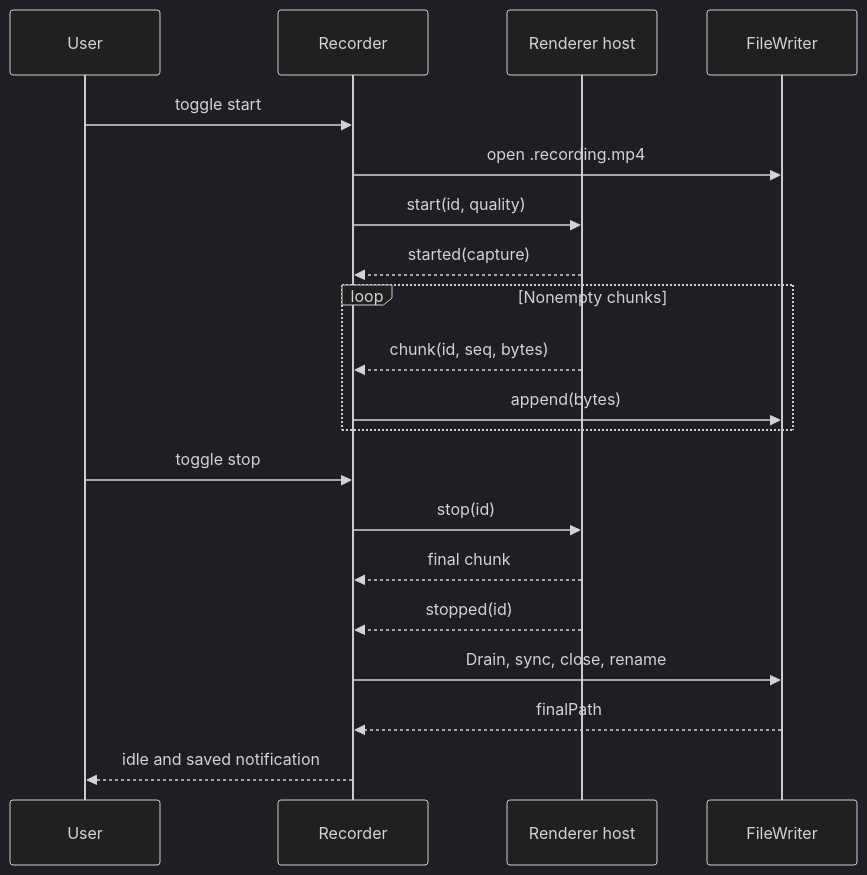
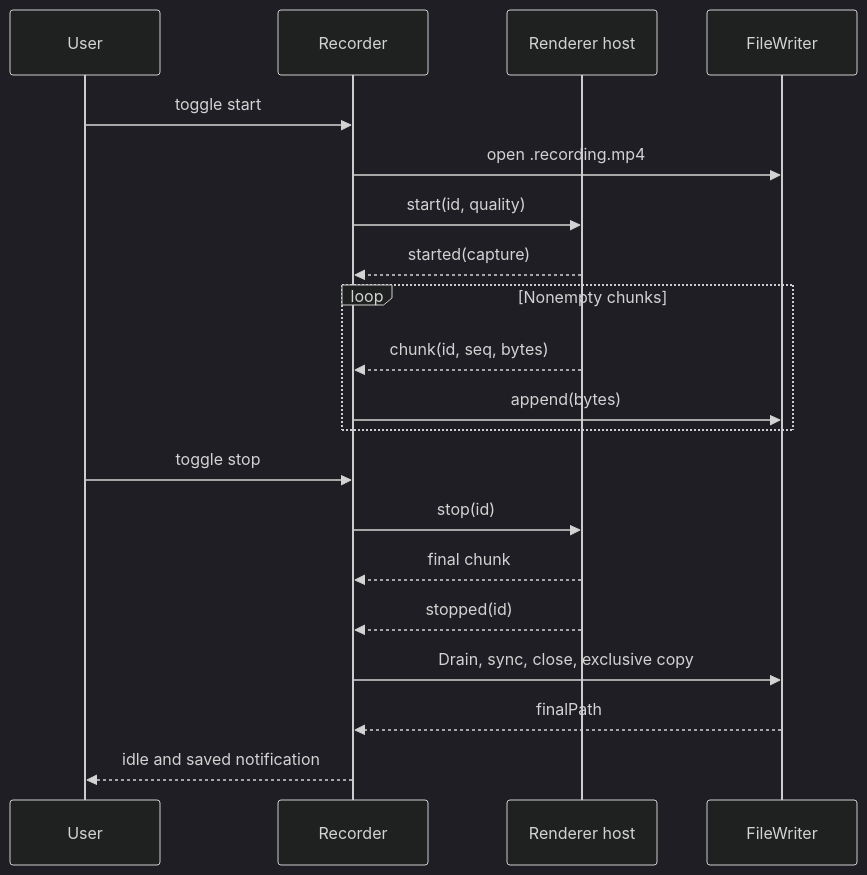
One commit to EricTsai83/recordstuff changed the second of 2 diagrams in docs/system-design/recording.md. Above: the diagram before and after it, drawn with Mermaid (dark theme). The commit also changed other lines of this file and 3 other files, not shown here.

````diff
--- a/docs/system-design/recording.md
+++ b/docs/system-design/recording.md
@@ -69,22 +69,22 @@
 ```mermaid
 sequenceDiagram
     participant U as User
     participant R as Recorder
     participant H as Renderer host
     participant W as FileWriter
     U->>R: toggle start
     R->>W: open .recording.mp4
     R->>H: start(id, quality)
     H-->>R: started(capture)
     loop Nonempty chunks
       H-->>R: chunk(id, seq, bytes)
       R->>W: append(bytes)
     end
     U->>R: toggle stop
     R->>H: stop(id)
     H-->>R: final chunk
     H-->>R: stopped(id)
-    R->>W: Drain, sync, close, rename
+    R->>W: Drain, sync, close, exclusive copy
     W-->>R: finalPath
     R-->>U: idle and saved notification
 ```
````
